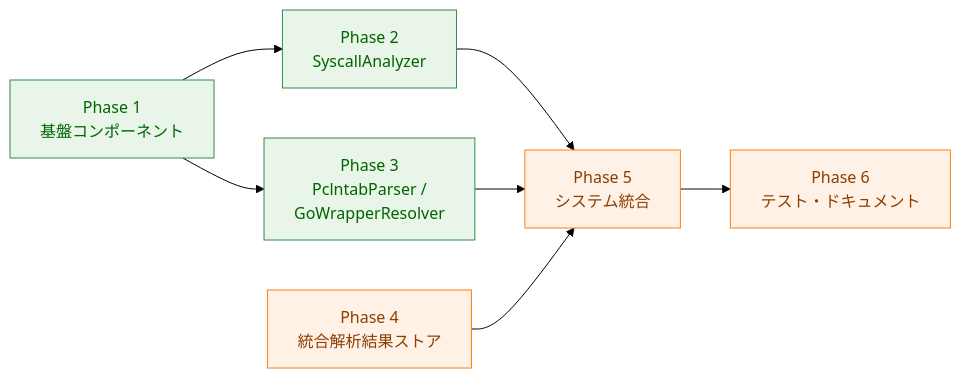
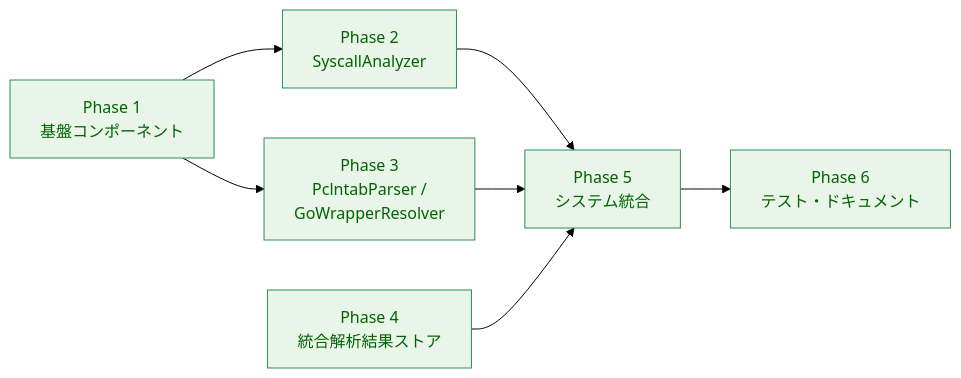
The diagram in docs/tasks/0070_elf_syscall_analysis/04_implementation_plan.md (isseis/go-safe-cmd-runner), drawn with Mermaid (forest theme) before and after one commit. The commit also changed other lines of this file and 2 other files, not shown here.

````diff
--- a/docs/tasks/0070_elf_syscall_analysis/04_implementation_plan.md
+++ b/docs/tasks/0070_elf_syscall_analysis/04_implementation_plan.md
@@ -10,22 +10,21 @@
 ```mermaid
 flowchart LR
     classDef done fill:#e8f5e8,stroke:#2e8b57,stroke-width:1px,color:#006400
     classDef todo fill:#fff1e6,stroke:#ff7f0e,stroke-width:1px,color:#8a3e00
 
     P1["Phase 1<br>基盤コンポーネント"]
     P2["Phase 2<br>SyscallAnalyzer"]
     P3["Phase 3<br>PclntabParser /<br>GoWrapperResolver"]
     P4["Phase 4<br>統合解析結果ストア"]
     P5["Phase 5<br>システム統合"]
     P6["Phase 6<br>テスト・ドキュメント"]
 
     P1 --> P2
     P1 --> P3
     P2 --> P5
     P3 --> P5
     P4 --> P5
     P5 --> P6
 
-    class P1,P2,P3 done
-    class P4,P5,P6 todo
+    class P1,P2,P3,P4,P5,P6 done
 ```
````
